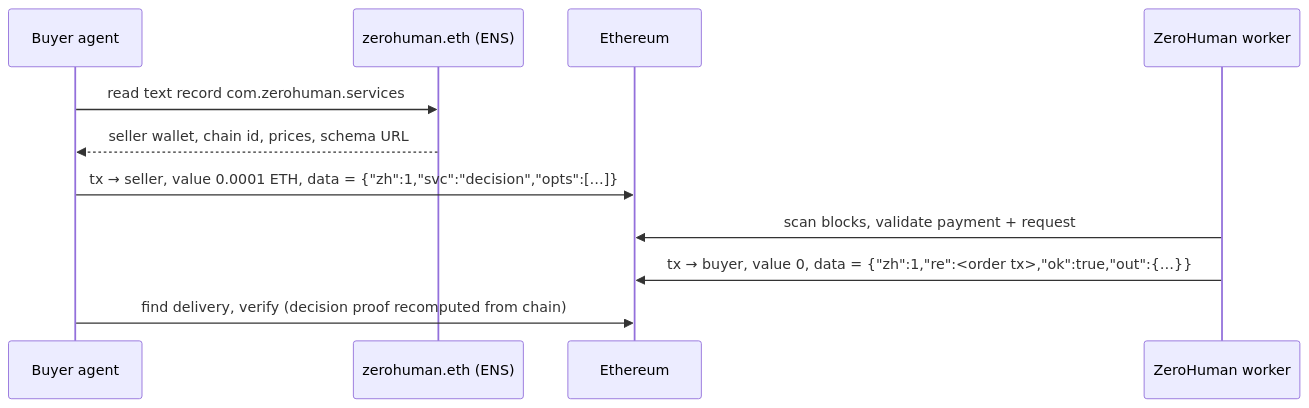
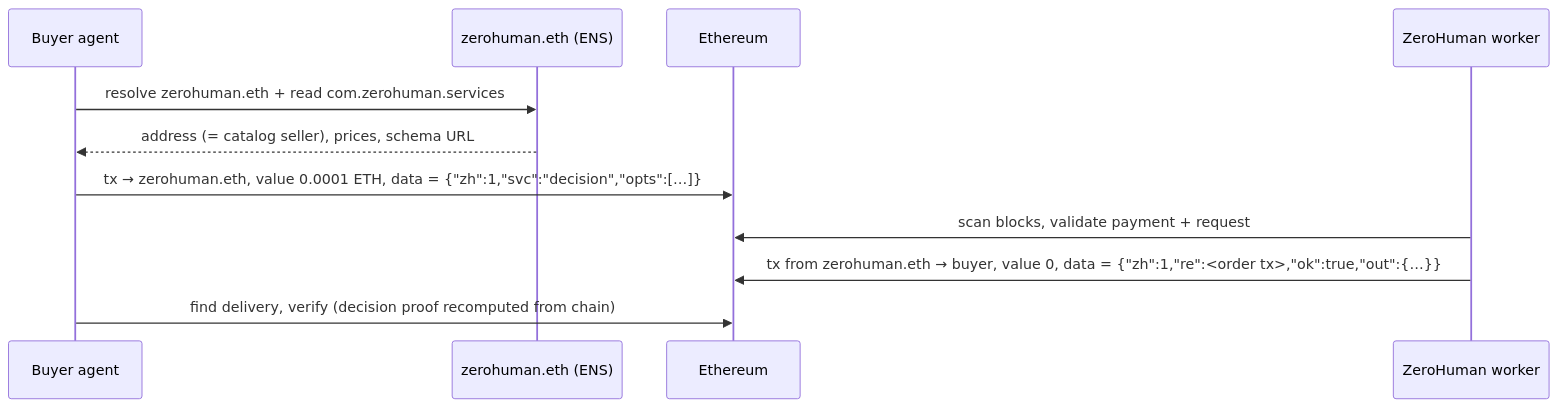
Before and after one commit to kenashe/zerohuman: the diagram in README.md, drawn with Mermaid. The commit also changed other lines of this file and 22 other files, not shown here.

First line of the commit message:
Make zerohuman.eth the paying and delivering identity

````diff
--- a/README.md
+++ b/README.md
@@ -16,13 +16,13 @@
 ```mermaid
 sequenceDiagram
   participant A as Buyer agent
   participant ENS as zerohuman.eth (ENS)
   participant E as Ethereum
   participant Z as ZeroHuman worker
-  A->>ENS: read text record com.zerohuman.services
-  ENS-->>A: seller wallet, chain id, prices, schema URL
-  A->>E: tx → seller, value 0.0001 ETH, data = {"zh":1,"svc":"decision","opts":[…]}
+  A->>ENS: resolve zerohuman.eth + read com.zerohuman.services
+  ENS-->>A: address (= catalog seller), prices, schema URL
+  A->>E: tx → zerohuman.eth, value 0.0001 ETH, data = {"zh":1,"svc":"decision","opts":[…]}
   Z->>E: scan blocks, validate payment + request
-  Z->>E: tx → buyer, value 0, data = {"zh":1,"re":<order tx>,"ok":true,"out":{…}}
+  Z->>E: tx from zerohuman.eth → buyer, value 0, data = {"zh":1,"re":<order tx>,"ok":true,"out":{…}}
   A->>E: find delivery, verify (decision proof recomputed from chain)
 ```
````
